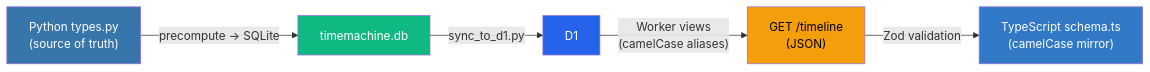
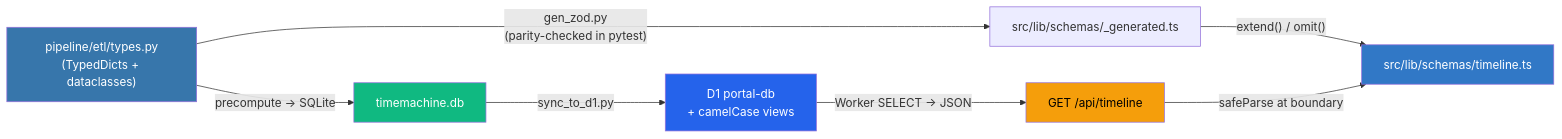
One commit to Guoyuer/portal changed the fourth of 4 diagrams in README.md. Above: the diagram before and after it, drawn with Mermaid. The commit also changed other lines of this file and 14 other files, not shown here.

````diff
--- a/README.md
+++ b/README.md
@@ -312,13 +322,15 @@
 ```mermaid
 graph LR
-    PY["Python types.py<br/>(source of truth)"] -->|"precompute → SQLite"| DB["timemachine.db"]
-    DB -->|"sync_to_d1.py"| D1["D1"]
-    D1 -->|"Worker views<br/>(camelCase aliases)"| JSON["GET /timeline<br/>(JSON)"]
-    JSON -->|"Zod validation"| TS["TypeScript schema.ts<br/>(camelCase mirror)"]
+    PY["pipeline/etl/types.py<br/>(TypedDicts + dataclasses)"] -->|"gen_zod.py<br/>(parity-checked in pytest)"| GEN["src/lib/schemas/_generated.ts"]
+    PY -->|"precompute → SQLite"| DB["timemachine.db"]
+    DB -->|"sync_to_d1.py"| D1["D1 portal-db<br/>+ camelCase views"]
+    D1 -->|"Worker SELECT → JSON"| JSON["GET /api/timeline"]
+    GEN -->|"extend() / omit()"| TS["src/lib/schemas/timeline.ts"]
+    JSON -->|"safeParse at boundary"| TS
 
     style PY fill:#3776ab,color:#fff
     style DB fill:#10b981,color:#fff
     style D1 fill:#2563eb,color:#fff
     style JSON fill:#f59e0b,color:#000
     style TS fill:#3178c6,color:#fff
 ```
````
